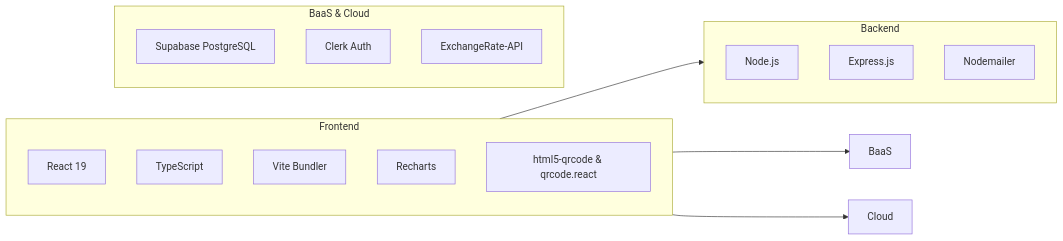
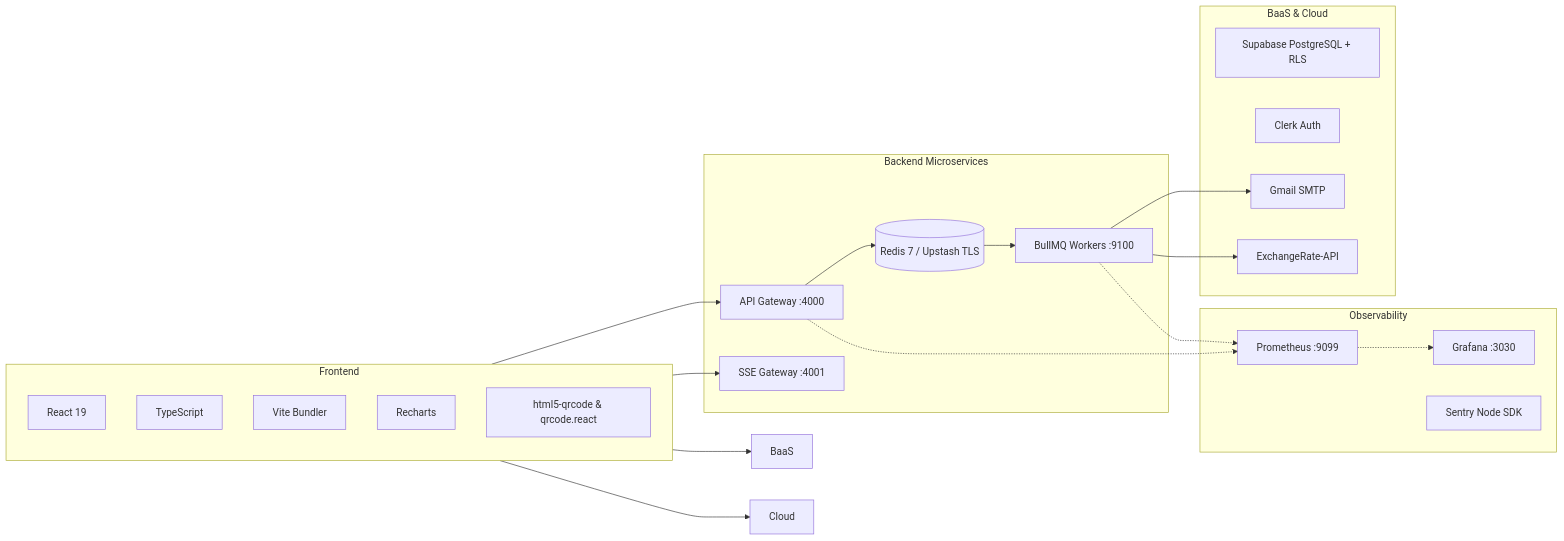
The third of 4 diagrams in information.md (Patel-Priyank-1602/Expezplit), drawn with Mermaid before and after one commit. The commit also changed other lines of this file and 4 other files, not shown here.

Commit message:
docs: document scalable microservices architecture, load benchmarks, and deployment topologies across all manuals

````diff
--- a/information.md
+++ b/information.md
@@ -512,25 +598,41 @@
 ```mermaid
 graph LR
     subgraph Frontend
         React[React 19]
         TS[TypeScript]
         Vite[Vite Bundler]
         Recharts[Recharts]
         QRCode[html5-qrcode & qrcode.react]
     end
 
-    subgraph Backend
-        Node[Node.js]
-        Express[Express.js]
-        Nodemailer[Nodemailer]
+    subgraph Backend Microservices
+        APIGateway[API Gateway :4000]
+        Worker[BullMQ Workers :9100]
+        SSE[SSE Gateway :4001]
+        Redis[(Redis 7 / Upstash TLS)]
+    end
+
+    subgraph Observability
+        Prometheus[Prometheus :9099]
+        Grafana[Grafana :3030]
+        Sentry[Sentry Node SDK]
     end
 
     subgraph BaaS & Cloud
-        Supa[Supabase PostgreSQL]
+        Supa[Supabase PostgreSQL + RLS]
         Clerk[Clerk Auth]
         FX[ExchangeRate-API]
+        SMTP[Gmail SMTP]
     end
 
-    Frontend --> Backend
+    Frontend --> APIGateway
+    Frontend --> SSE
+    APIGateway --> Redis
+    Redis --> Worker
+    Worker --> SMTP
+    Worker --> FX
     Frontend --> BaaS & Cloud
+    APIGateway -.-> Prometheus
+    Worker -.-> Prometheus
+    Prometheus -.-> Grafana
 ```
````
